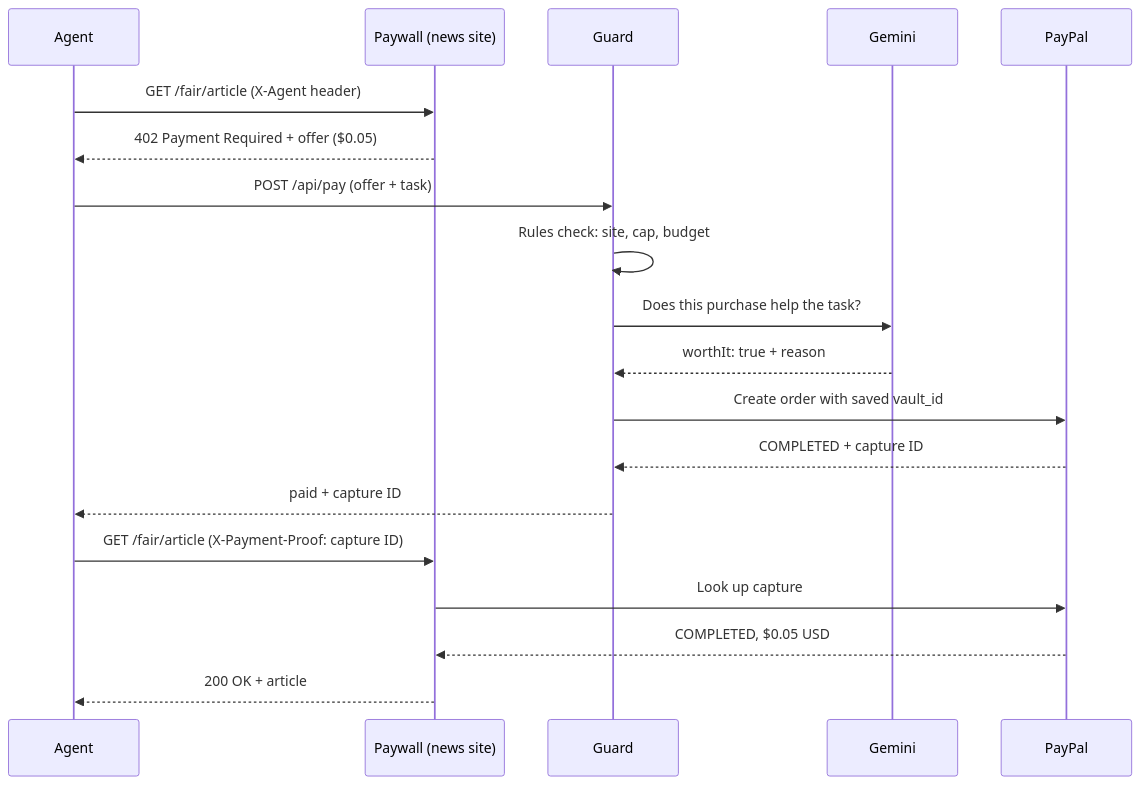
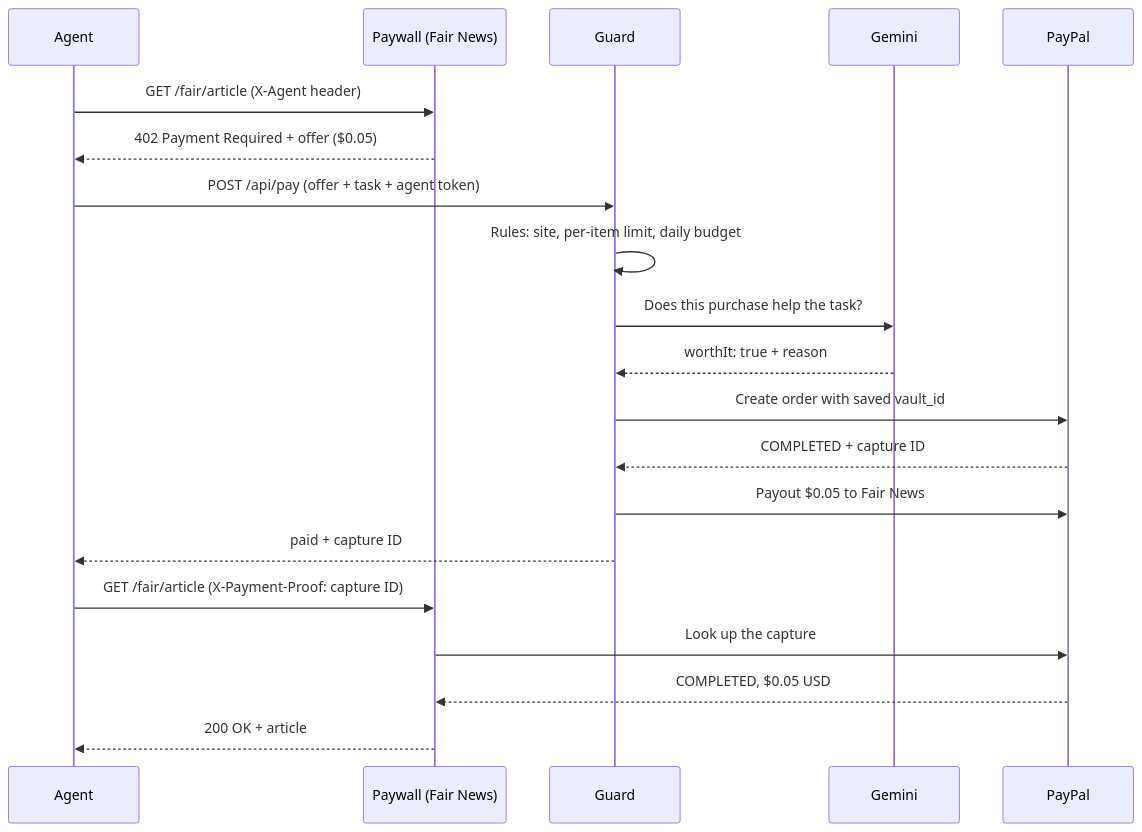
Before and after one commit to Swarna2503/ai-spend-guard: the third of 3 diagrams in README.md, drawn with Mermaid. The commit also changed other lines of this file and 1 other file, not shown here.

````diff
--- a/README.md
+++ b/README.md
@@ -103,22 +111,23 @@
 ```mermaid
 sequenceDiagram
     participant A as Agent
-    participant P as Paywall (news site)
+    participant P as Paywall (Fair News)
     participant G as Guard
     participant AI as Gemini
     participant PP as PayPal
 
     A->>P: GET /fair/article  (X-Agent header)
     P-->>A: 402 Payment Required + offer ($0.05)
-    A->>G: POST /api/pay  (offer + task)
-    G->>G: Rules check: site, cap, budget
+    A->>G: POST /api/pay  (offer + task + agent token)
+    G->>G: Rules: site, per-item limit, daily budget
     G->>AI: Does this purchase help the task?
     AI-->>G: worthIt: true + reason
     G->>PP: Create order with saved vault_id
     PP-->>G: COMPLETED + capture ID
+    G->>PP: Payout $0.05 to Fair News
     G-->>A: paid + capture ID
     A->>P: GET /fair/article  (X-Payment-Proof: capture ID)
-    P->>PP: Look up capture
+    P->>PP: Look up the capture
     PP-->>P: COMPLETED, $0.05 USD
     P-->>A: 200 OK + article
 ```
````
